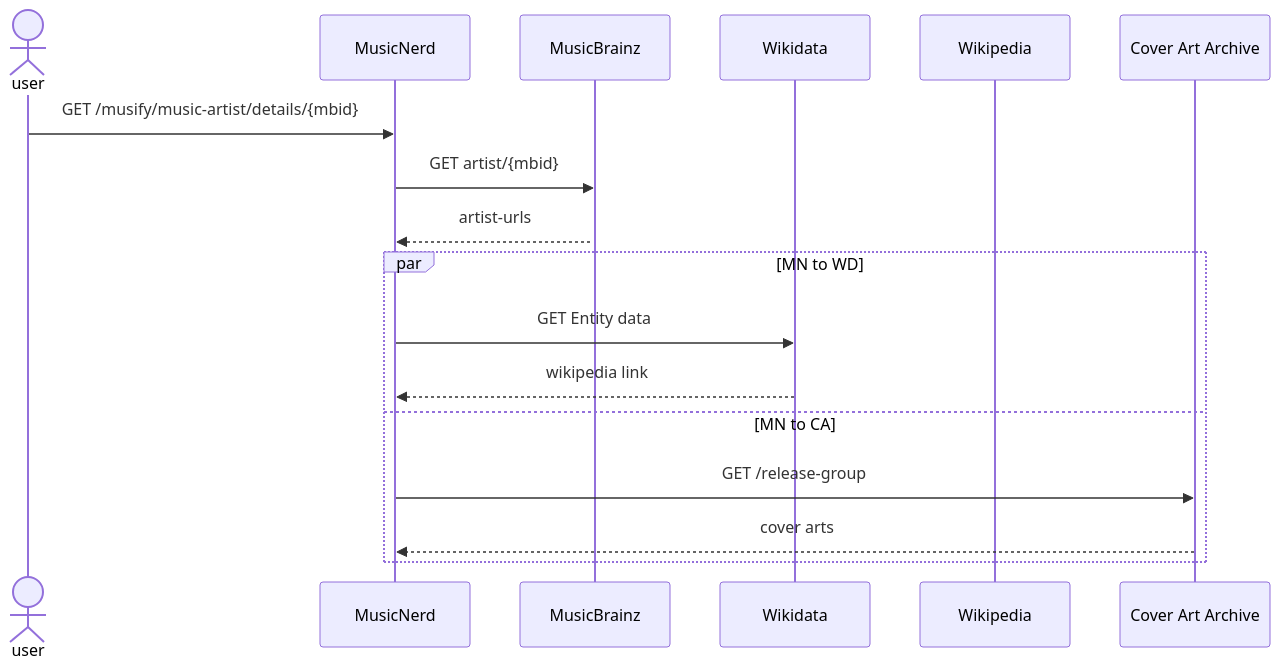
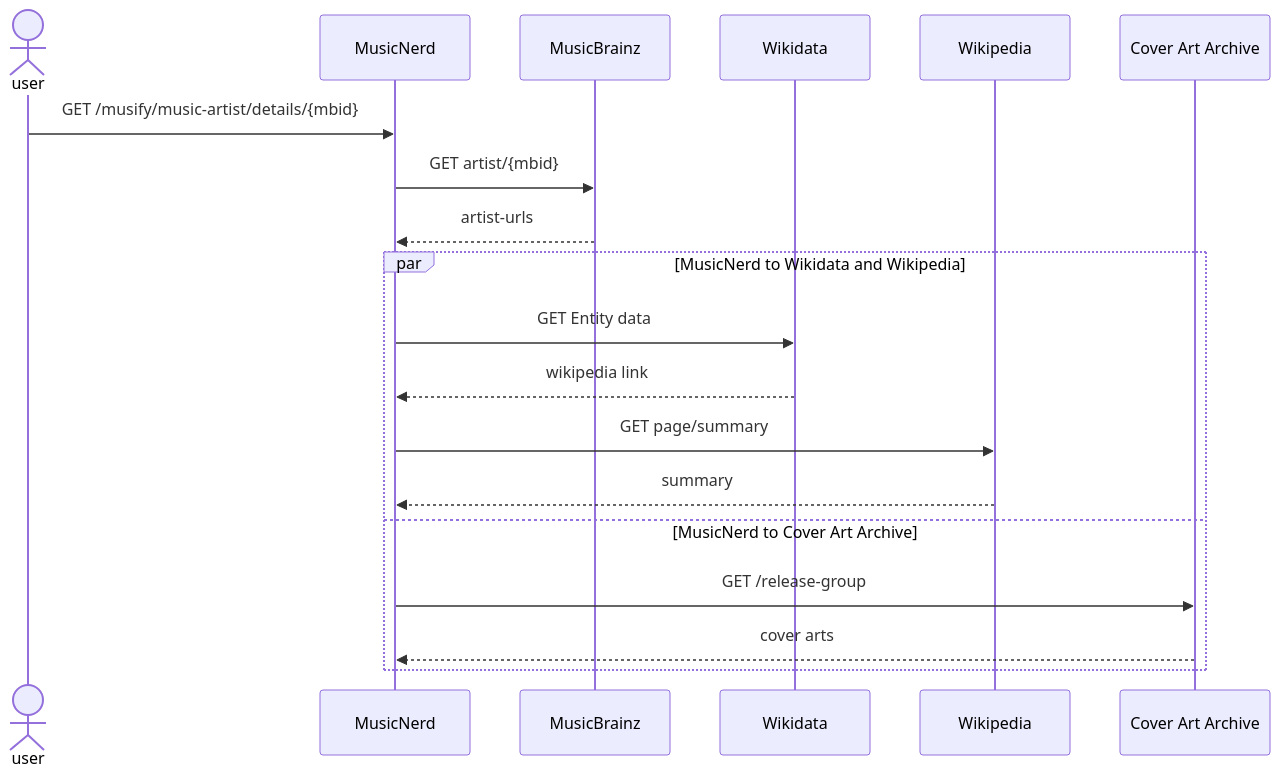
The diagram in Readme.md (perty/musicnerd), drawn with Mermaid before and after one commit. The commit also changed other lines of this file, not shown here.

````diff
--- a/Readme.md
+++ b/Readme.md
@@ -13,20 +13,21 @@
 ```mermaid
 sequenceDiagram
 actor user
 participant MN as MusicNerd
 participant MB as MusicBrainz
 participant WD as Wikidata
 participant WP as Wikipedia
 participant CA as Cover Art Archive
 user->>MN: GET /musify/music-artist/details/{mbid} 
 MN->>MB: GET artist/{mbid}
-activate MB
 MB-->>MN: artist-urls
-par MN to WD
+par MusicNerd to Wikidata and Wikipedia
     MN->>WD: GET Entity data
     WD-->>MN: wikipedia link
-and MN to CA
+    MN->>WP: GET page/summary
+    WP-->>MN: summary
+and MusicNerd to Cover Art Archive
     MN->>CA: GET /release-group
     CA-->>MN: cover arts
 end
 ```
````
